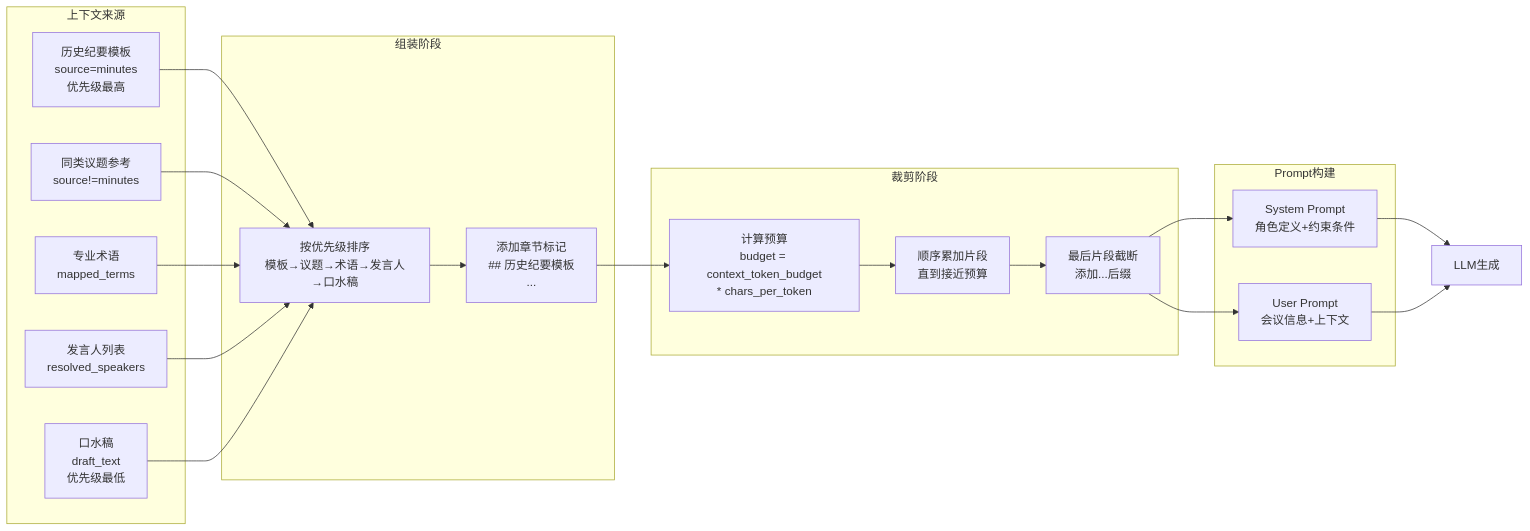
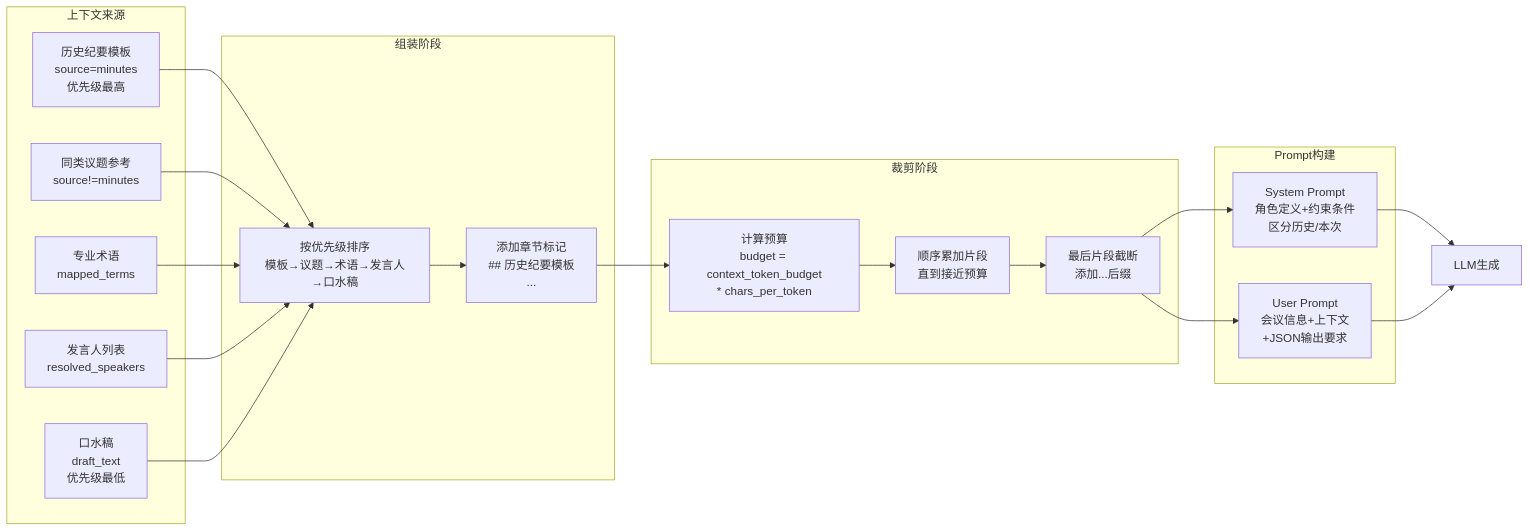
One commit to yuancaoyaoHW/mettings changed the seventh of 13 diagrams in docs/architecture_diagrams.md. Above: the diagram before and after it, drawn with Mermaid. The commit also changed other lines of this file, not shown here.

Commit message:
更新结构图

````diff
--- a/docs/architecture_diagrams.md
+++ b/docs/architecture_diagrams.md
@@ -426,38 +486,38 @@
 ```mermaid
 flowchart LR
     subgraph Sources["上下文来源"]
         S1[历史纪要模板<br/>source=minutes<br/>优先级最高]
         S2[同类议题参考<br/>source!=minutes]
         S3[专业术语<br/>mapped_terms]
         S4[发言人列表<br/>resolved_speakers]
         S5[口水稿<br/>draft_text<br/>优先级最低]
     end
 
     subgraph Assembly["组装阶段"]
         A1["按优先级排序<br/>模板→议题→术语→发言人→口水稿"]
         A2["添加章节标记<br/>## 历史纪要模板\n..."]
     end
 
     subgraph Truncate["裁剪阶段"]
         T1["计算预算<br/>budget = context_token_budget<br/>* chars_per_token"]
         T2["顺序累加片段<br/>直到接近预算"]
         T3["最后片段截断<br/>添加...后缀"]
     end
 
     subgraph Prompt["Prompt构建"]
-        P1[System Prompt<br/>角色定义+约束条件]
-        P2[User Prompt<br/>会议信息+上下文]
+        P1[System Prompt<br/>角色定义+约束条件<br/>区分历史/本次]
+        P2[User Prompt<br/>会议信息+上下文<br/>+JSON输出要求]
     end
 
     S1 --> A1
     S2 --> A1
     S3 --> A1
     S4 --> A1
     S5 --> A1
     
     A1 --> A2 --> T1 --> T2 --> T3 --> P1
     T3 --> P2
     
     P1 --> LLM[LLM生成]
     P2 --> LLM
 ```
````
